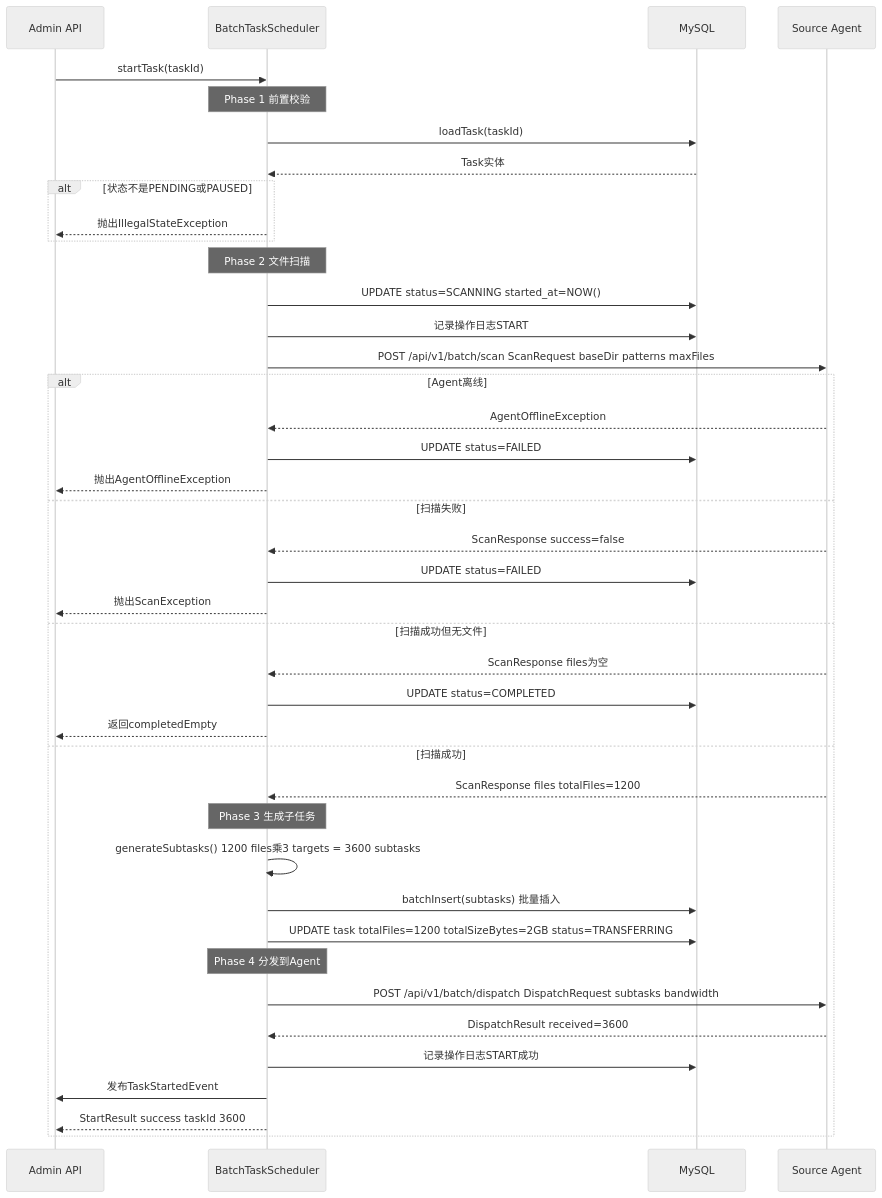
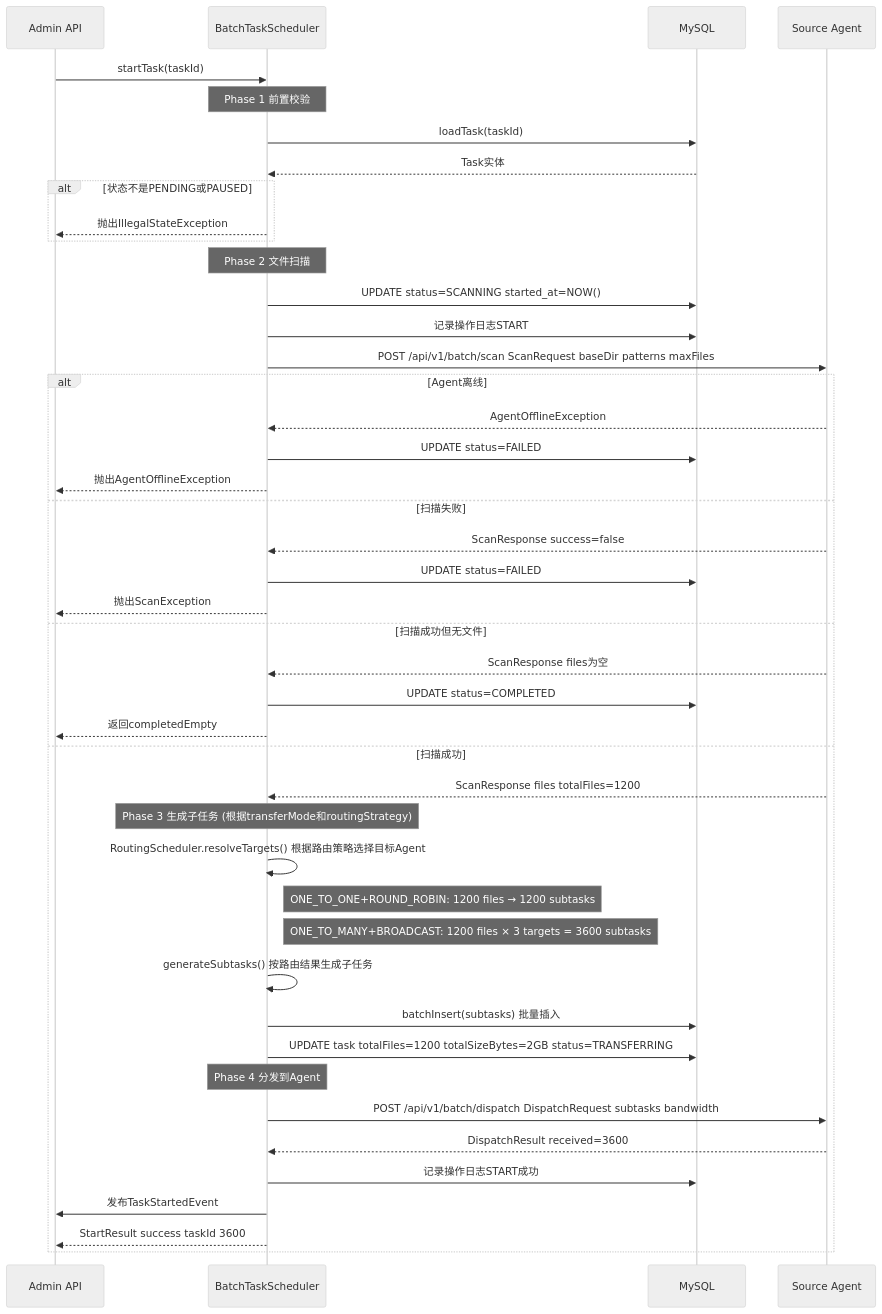
One commit to rancheaaa/my-panel changed diagram 20 of 27 in docs/superpowers/specs/2026-04-30-batch-file-transfer-design.md. Above: the diagram before and after it, drawn with Mermaid (neutral theme). The commit also changed other lines of this file and 117 other files, not shown here.

````diff
--- a/docs/superpowers/specs/2026-04-30-batch-file-transfer-design.md
+++ b/docs/superpowers/specs/2026-04-30-batch-file-transfer-design.md
@@ -2713,55 +3201,58 @@
 ```mermaid
 sequenceDiagram
     participant Admin as Admin API
     participant Scheduler as BatchTaskScheduler
     participant DB as MySQL
     participant SourceAgent as Source Agent
 
     Admin->>Scheduler: startTask(taskId)
 
     Note over Scheduler: Phase 1 前置校验
     Scheduler->>DB: loadTask(taskId)
     DB-->>Scheduler: Task实体
 
     alt 状态不是PENDING或PAUSED
         Scheduler-->>Admin: 抛出IllegalStateException
     end
 
     Note over Scheduler: Phase 2 文件扫描
     Scheduler->>DB: UPDATE status=SCANNING started_at=NOW()
     Scheduler->>DB: 记录操作日志START
 
     Scheduler->>SourceAgent: POST /api/v1/batch/scan ScanRequest baseDir patterns maxFiles
 
     alt Agent离线
         SourceAgent-->>Scheduler: AgentOfflineException
         Scheduler->>DB: UPDATE status=FAILED
         Scheduler-->>Admin: 抛出AgentOfflineException
     else 扫描失败
         SourceAgent-->>Scheduler: ScanResponse success=false
         Scheduler->>DB: UPDATE status=FAILED
         Scheduler-->>Admin: 抛出ScanException
     else 扫描成功但无文件
         SourceAgent-->>Scheduler: ScanResponse files为空
         Scheduler->>DB: UPDATE status=COMPLETED
         Scheduler-->>Admin: 返回completedEmpty
     else 扫描成功
         SourceAgent-->>Scheduler: ScanResponse files totalFiles=1200
 
-        Note over Scheduler: Phase 3 生成子任务
-        Scheduler->>Scheduler: generateSubtasks() 1200 files乘3 targets = 3600 subtasks
+        Note over Scheduler: Phase 3 生成子任务 (根据transferMode和routingStrategy)
+        Scheduler->>Scheduler: RoutingScheduler.resolveTargets() 根据路由策略选择目标Agent
+        Note right of Scheduler: ONE_TO_ONE+ROUND_ROBIN: 1200 files → 1200 subtasks
+        Note right of Scheduler: ONE_TO_MANY+BROADCAST: 1200 files × 3 targets = 3600 subtasks
+        Scheduler->>Scheduler: generateSubtasks() 按路由结果生成子任务
 
         Scheduler->>DB: batchInsert(subtasks) 批量插入
         Scheduler->>DB: UPDATE task totalFiles=1200 totalSizeBytes=2GB status=TRANSFERRING
 
         Note over Scheduler: Phase 4 分发到Agent
         Scheduler->>SourceAgent: POST /api/v1/batch/dispatch DispatchRequest subtasks bandwidth
 
         SourceAgent-->>Scheduler: DispatchResult received=3600
 
         Scheduler->>DB: 记录操作日志START成功
         Scheduler->>Admin: 发布TaskStartedEvent
 
         Scheduler-->>Admin: StartResult success taskId 3600
     end
 ```
````
